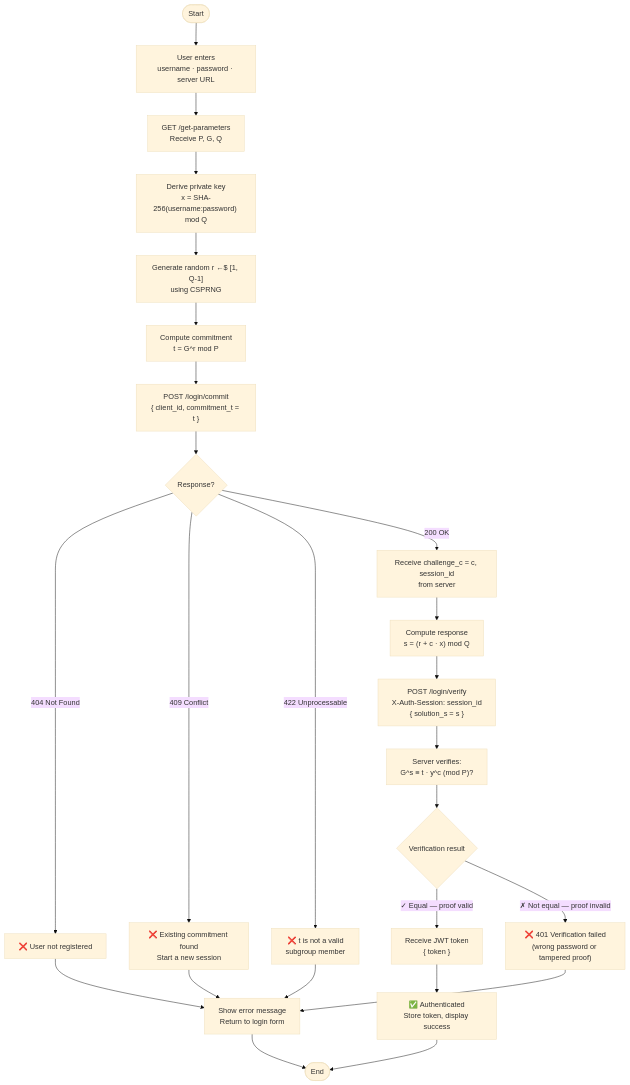
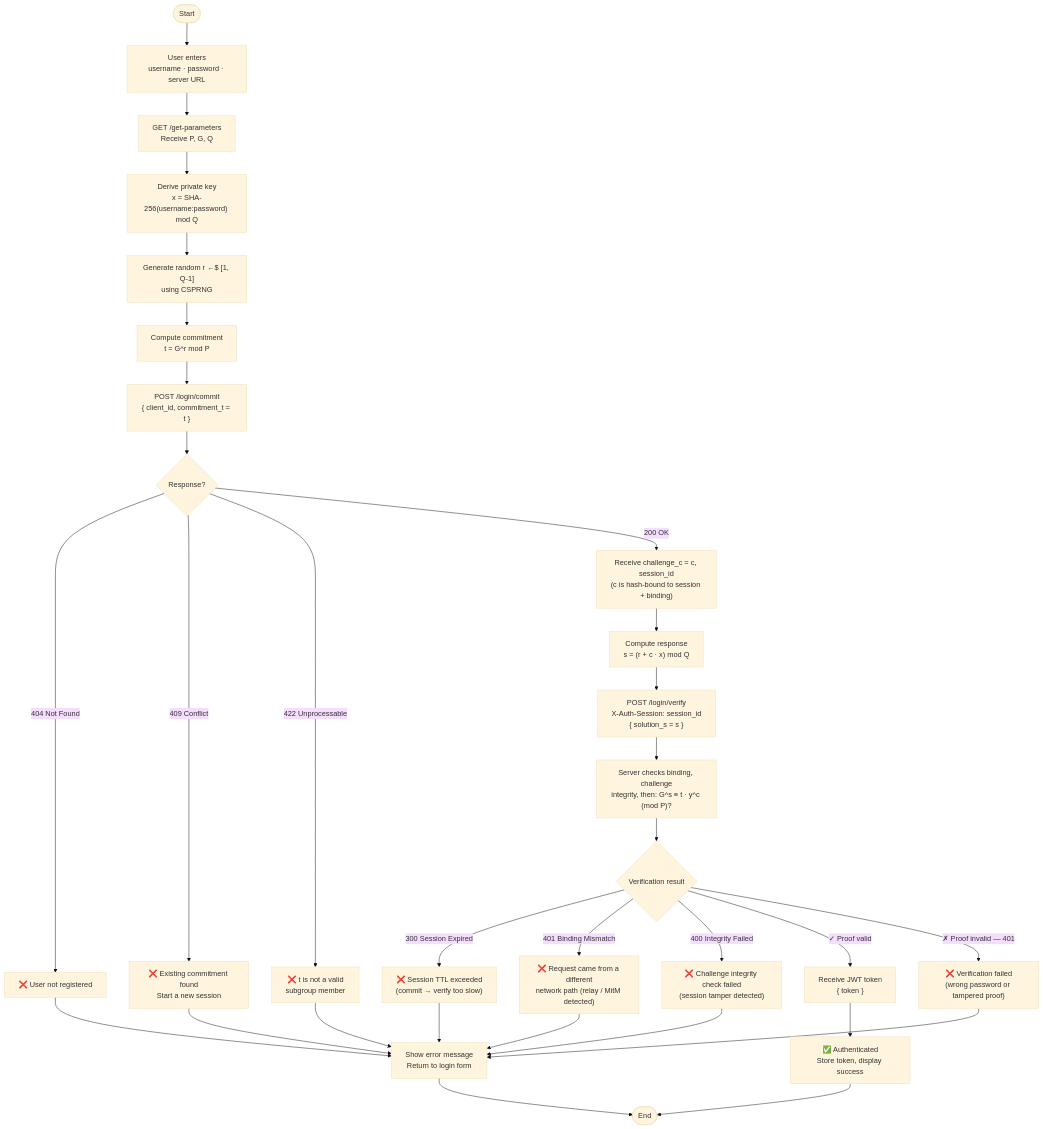
The diagram in diagrams/diagram_login_flow.mmd (matei-rares-a/acas), drawn with Mermaid (base theme) before and after one commit. The commit also changed 34 other files, not shown here.

First line of the commit message:
Add session binding to ZKP flows and update diagrams

```diff
--- a/diagrams/diagram_login_flow.mmd
+++ b/diagrams/diagram_login_flow.mmd
@@ -1,21 +1,24 @@
 flowchart TD
     A([Start]) --> B["User enters\nusername · password · server URL"]
     B --> C["GET /get-parameters\nReceive P, G, Q"]
     C --> D["Derive private key\nx = SHA-256(username:password) mod Q"]
     D --> E["Generate random r ←$ [1, Q-1]\nusing CSPRNG"]
     E --> F["Compute commitment\nt = G^r mod P"]
     F --> G["POST /login/commit\n{ client_id, commitment_t = t }"]
     G --> H{Response?}
     H -- "404 Not Found" --> I["❌ User not registered"]
     H -- "409 Conflict" --> J["❌ Existing commitment found\nStart a new session"]
     H -- "422 Unprocessable" --> K["❌ t is not a valid\nsubgroup member"]
-    H -- "200 OK" --> L["Receive challenge_c = c, session_id\nfrom server"]
+    H -- "200 OK" --> L["Receive challenge_c = c, session_id\n(c is hash-bound to session + binding)"]
     L --> M["Compute response\ns = (r + c · x) mod Q"]
     M --> N["POST /login/verify\nX-Auth-Session: session_id\n{ solution_s = s }"]
-    N --> O["Server verifies:\nG^s ≡ t · y^c (mod P)?"]
+    N --> O["Server checks binding, challenge\nintegrity, then: G^s ≡ t · y^c (mod P)?"]
     O --> P{Verification result}
-    P -- "✓ Equal — proof valid" --> Q["Receive JWT token\n{ token }"]
-    P -- "✗ Not equal — proof invalid" --> R["❌ 401 Verification failed\n(wrong password or tampered proof)"]
+    P -- "300 Session Expired" --> R300["❌ Session TTL exceeded\n(commit → verify too slow)"]
+    P -- "401 Binding Mismatch" --> R401b["❌ Request came from a different\nnetwork path (relay / MitM detected)"]
+    P -- "400 Integrity Failed" --> R400["❌ Challenge integrity check failed\n(session tamper detected)"]
+    P -- "✓ Proof valid" --> Q["Receive JWT token\n{ token }"]
+    P -- "✗ Proof invalid — 401" --> R["❌ Verification failed\n(wrong password or tampered proof)"]
     Q --> S["✅ Authenticated\nStore token, display success"]
-    I & J & K & R --> T["Show error message\nReturn to login form"]
+    I & J & K & R300 & R401b & R400 & R --> T["Show error message\nReturn to login form"]
     S & T --> Z([End])
```
